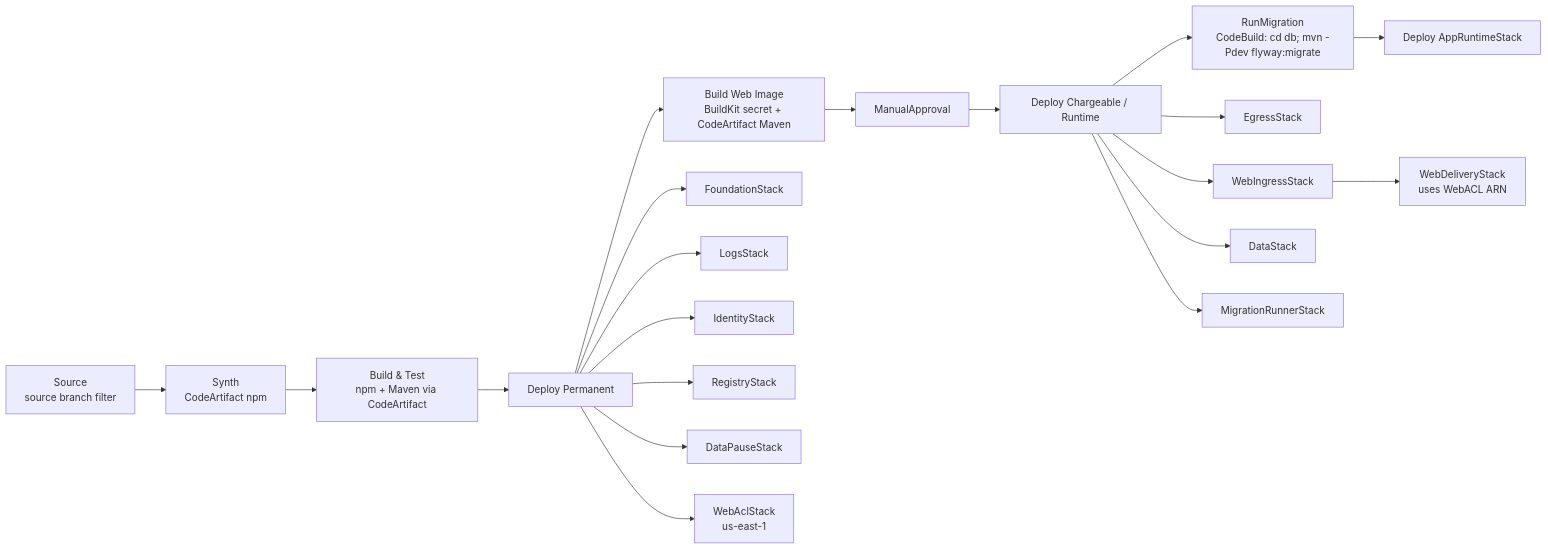
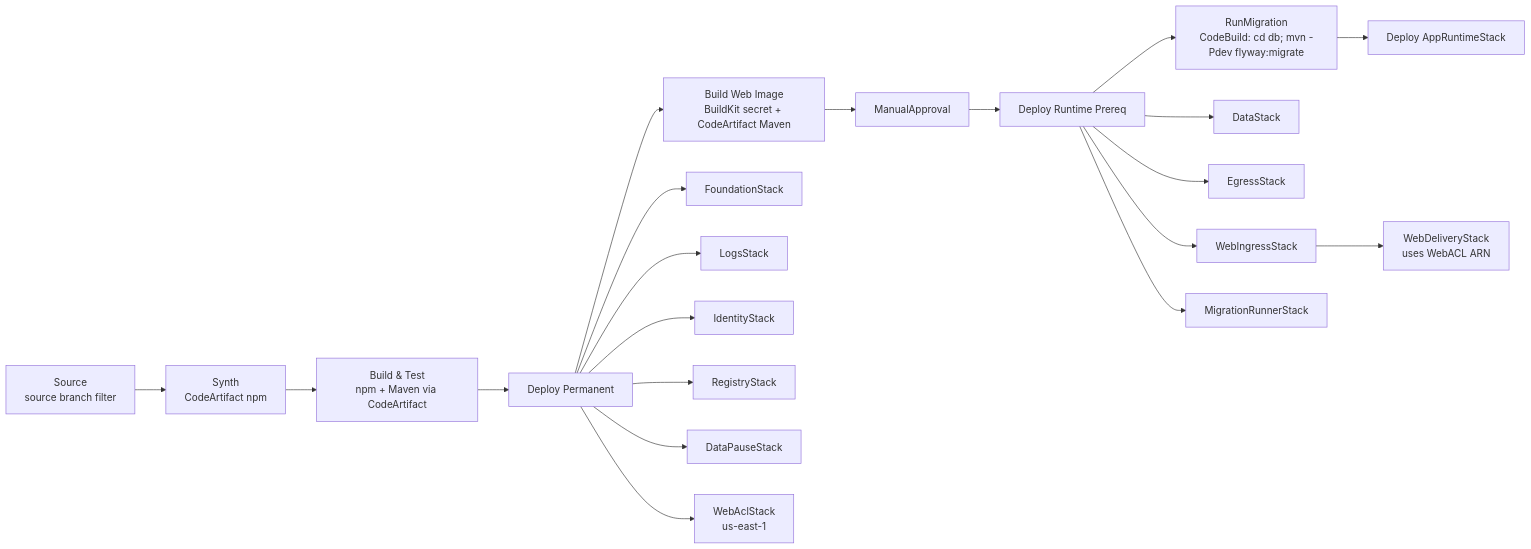
One commit to kyiwanami/workops changed the second of 4 diagrams in docs/implementation/phase2-beta/phases.md. Above: the diagram before and after it, drawn with Mermaid. The commit also changed other lines of this file and 28 other files, not shown here.

````diff
--- a/docs/implementation/phase2-beta/phases.md
+++ b/docs/implementation/phase2-beta/phases.md
@@ -121,24 +123,24 @@
 ```mermaid
 flowchart LR
   Source["Source<br/>source branch filter"] --> Synth["Synth<br/>CodeArtifact npm"]
   Synth --> BuildTest["Build & Test<br/>npm + Maven via CodeArtifact"]
   BuildTest --> Permanent["Deploy Permanent"]
   Permanent --> BuildWeb["Build Web Image<br/>BuildKit secret + CodeArtifact Maven"]
   BuildWeb --> Approval["ManualApproval"]
-  Approval --> Runtime["Deploy Chargeable / Runtime"]
+  Approval --> Runtime["Deploy Runtime Prereq"]
   Runtime --> Migration["RunMigration<br/>CodeBuild: cd db; mvn -Pdev flyway:migrate"]
   Migration --> App["Deploy AppRuntimeStack"]
 
   Permanent --> Foundation["FoundationStack"]
   Permanent --> Logs["LogsStack"]
   Permanent --> Identity["IdentityStack"]
   Permanent --> Registry["RegistryStack"]
   Permanent --> DataPause["DataPauseStack"]
   Permanent --> WebAcl["WebAclStack<br/>us-east-1"]
 
+  Runtime --> Data["DataStack"]
   Runtime --> Egress["EgressStack"]
   Runtime --> WebIngress["WebIngressStack"]
   WebIngress --> WebDelivery["WebDeliveryStack<br/>uses WebACL ARN"]
-  Runtime --> Data["DataStack"]
   Runtime --> MigrationRunner["MigrationRunnerStack"]
 ```
````
